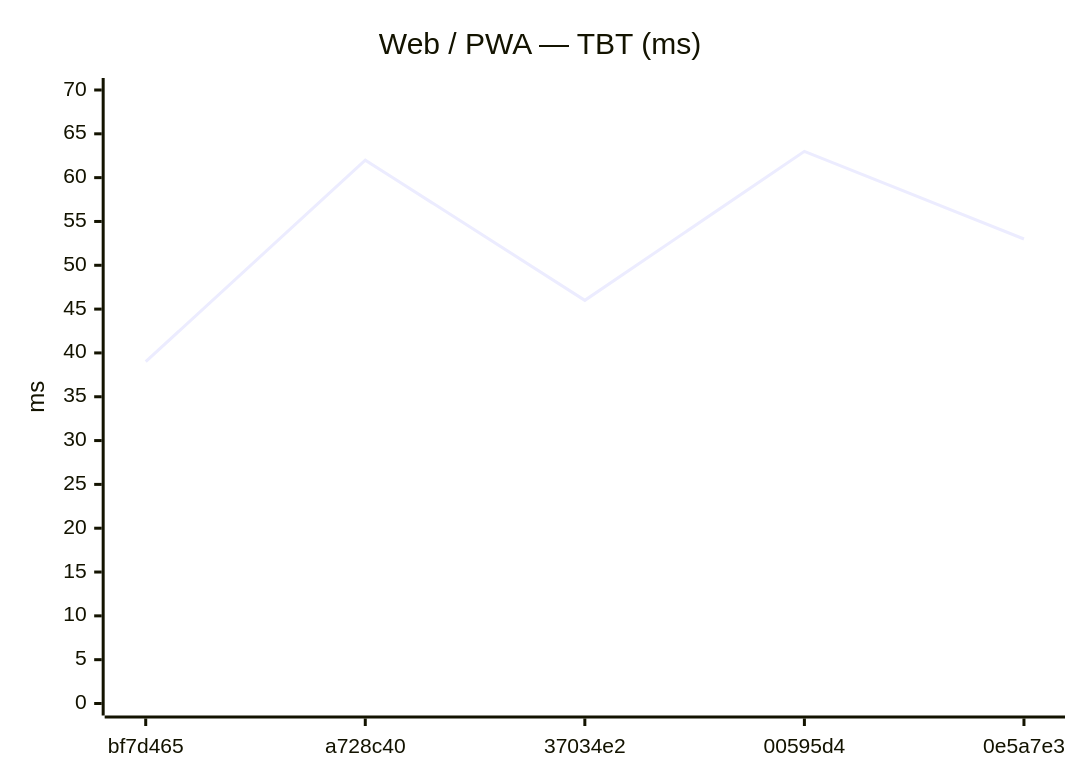
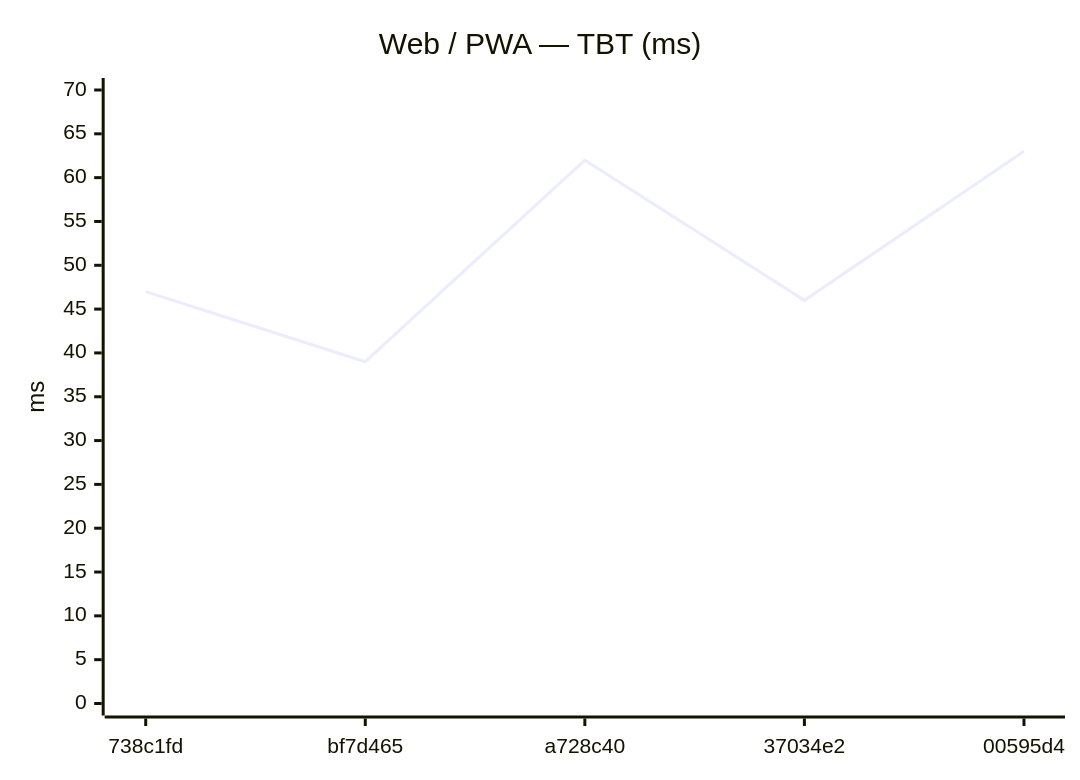
The tenth of 24 diagrams in benchmarks/compare.md (Metaheurist/Rianell), drawn with Mermaid before and after one commit. The commit also changed other lines of this file and 13 other files, not shown here.

````diff
--- a/benchmarks/compare.md
+++ b/benchmarks/compare.md
@@ -151,7 +151,7 @@
 ```mermaid
 xychart-beta
     title "Web / PWA — TBT (ms)"
-    x-axis ["bf7d465", "a728c40", "37034e2", "00595d4", "0e5a7e3"]
+    x-axis ["738c1fd", "bf7d465", "a728c40", "37034e2", "00595d4"]
     y-axis "ms" 0 --> 70
-    line [39, 62, 46, 63, 53]
+    line [47, 39, 62, 46, 63]
 ```
````
